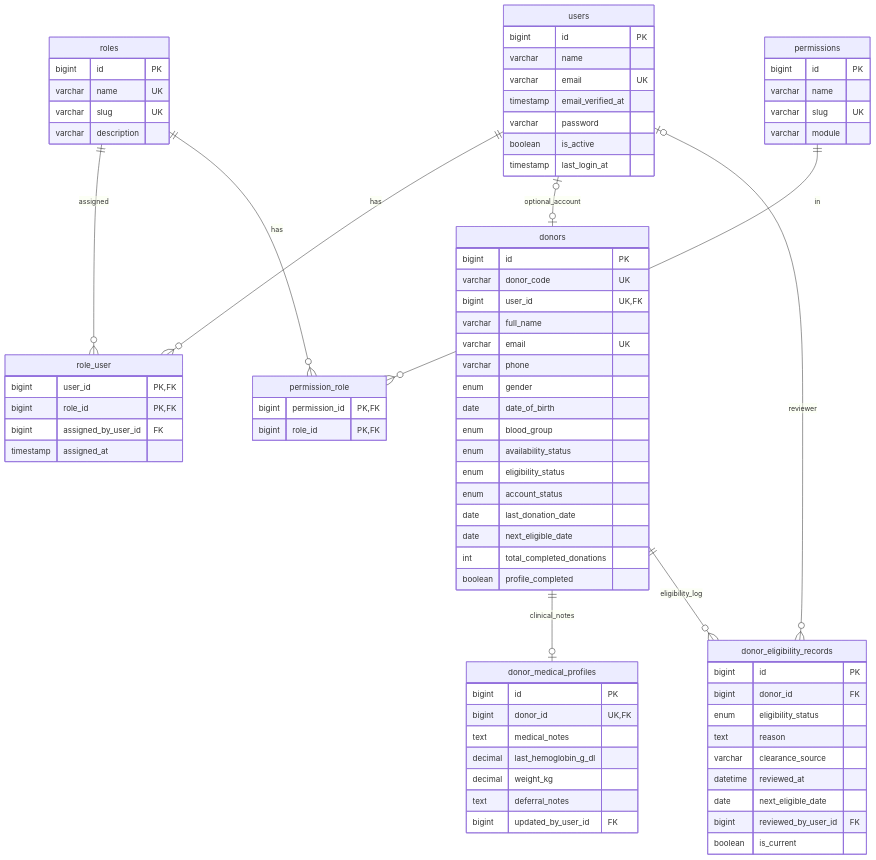
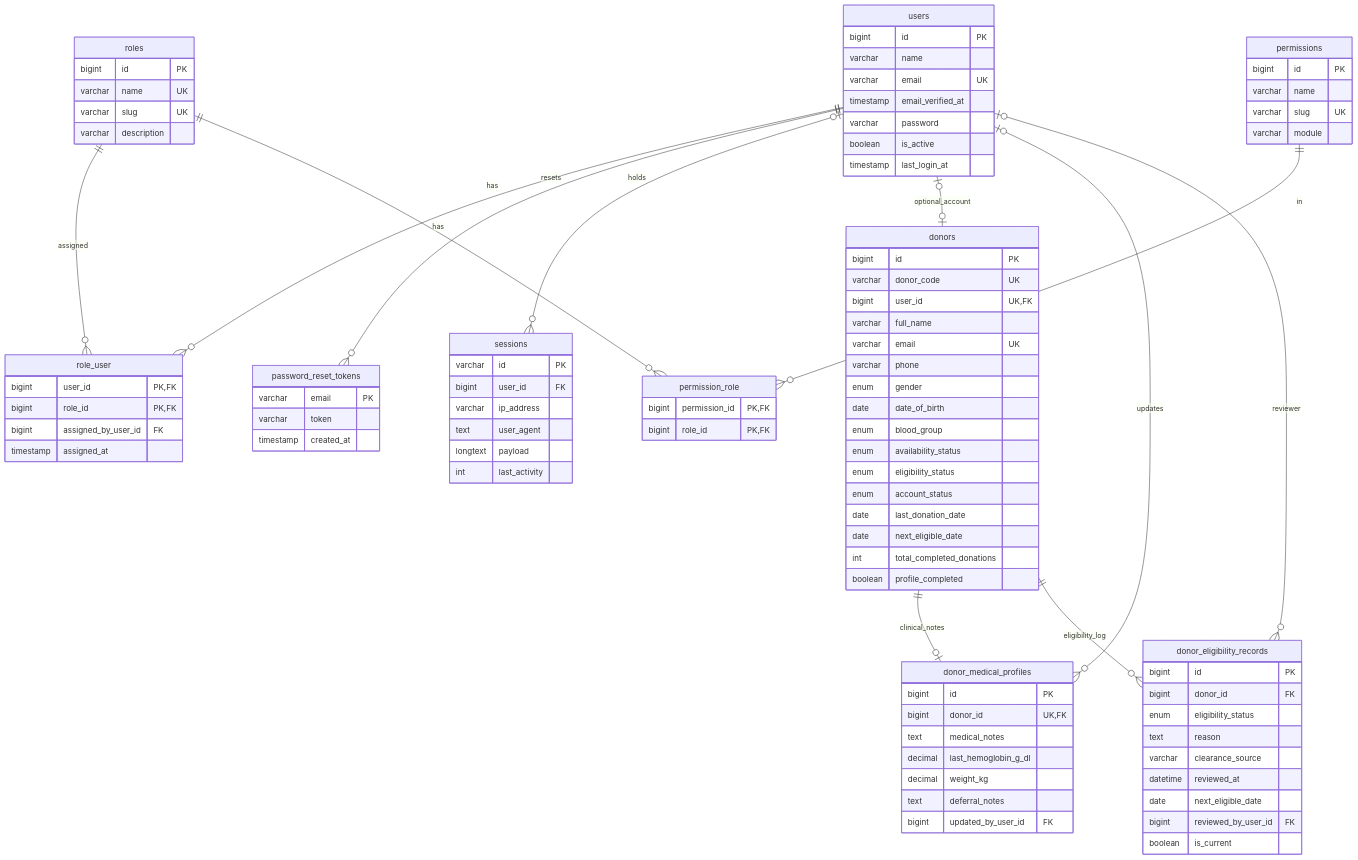
One commit to makarmee/BloodDonorMatchingSystem changed the second of 5 diagrams in docs/database-design/ERD.md. Above: the diagram before and after it, drawn with Mermaid. The commit also changed other lines of this file and 4 other files, not shown here.

Commit message:
docs: add database design business rules, data dictionary, erd, and schema specifications

````diff
--- a/docs/database-design/ERD.md
+++ b/docs/database-design/ERD.md
@@ -90,6 +99,21 @@
         varchar password
         boolean is_active
         timestamp last_login_at
+    }
+
+    password_reset_tokens {
+        varchar email PK
+        varchar token
+        timestamp created_at
+    }
+
+    sessions {
+        varchar id PK
+        bigint user_id FK
+        varchar ip_address
+        text user_agent
+        longtext payload
+        int last_activity
     }
 
     roles {
@@ -160,11 +184,14 @@
     }
 
     users ||--o{ role_user : "has"
+    users ||--o{ password_reset_tokens : "resets"
+    users |o--o{ sessions : "holds"
     roles ||--o{ role_user : "assigned"
     roles ||--o{ permission_role : "has"
     permissions ||--o{ permission_role : "in"
     users |o--o| donors : "optional_account"
     donors ||--o| donor_medical_profiles : "clinical_notes"
+    users |o--o{ donor_medical_profiles : "updates"
     donors ||--o{ donor_eligibility_records : "eligibility_log"
     users |o--o{ donor_eligibility_records : "reviewer"
 ```
````
